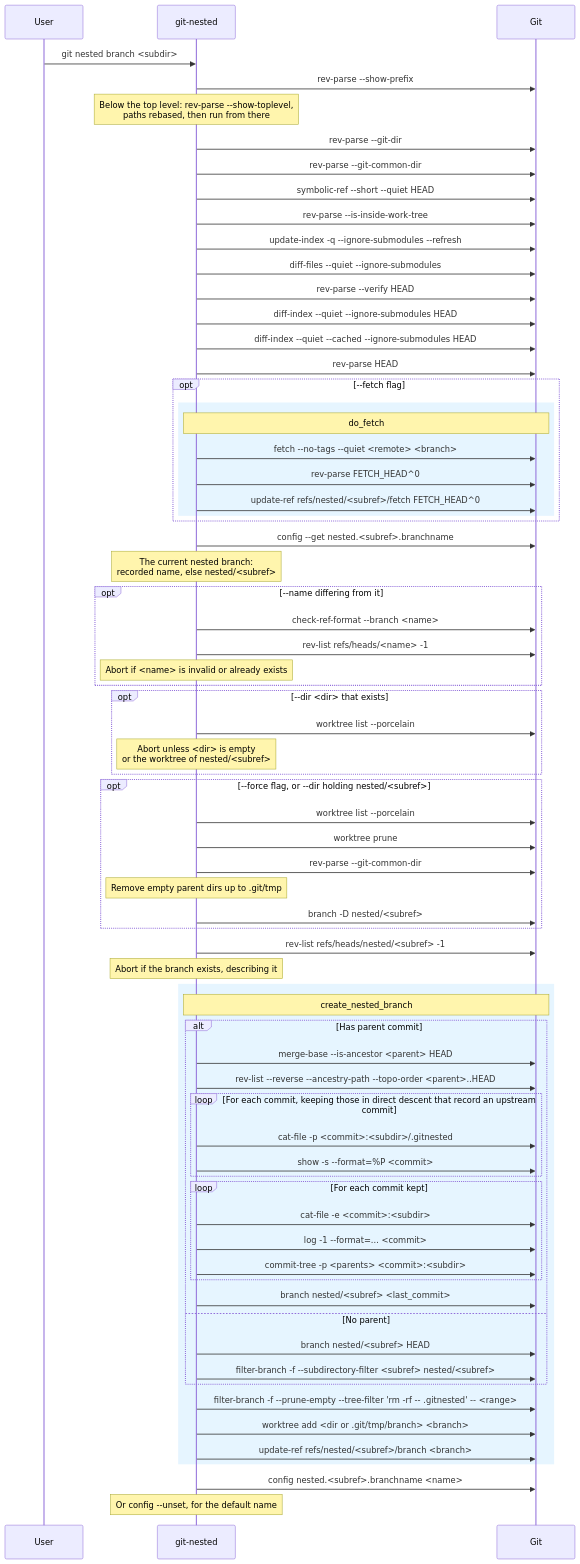
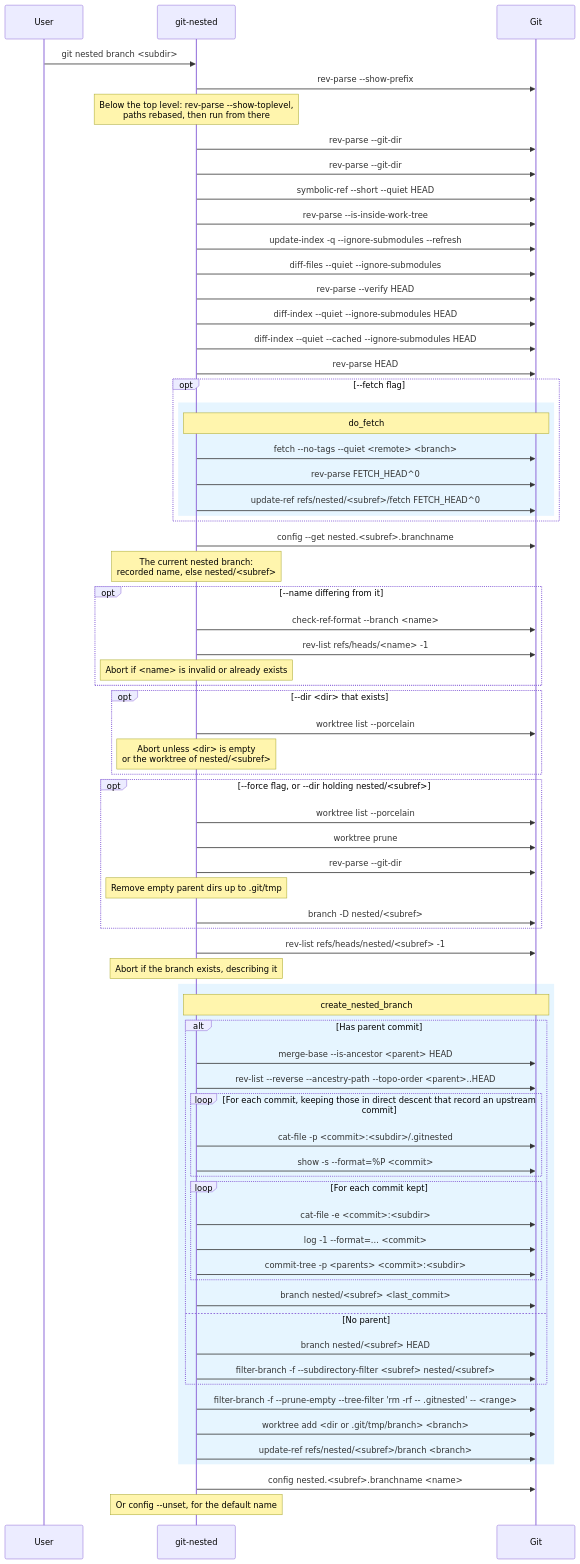
Before and after one commit to thorsten-klein/git-nested: the sixth of 14 diagrams in docs/diagrams.md, drawn with Mermaid. The commit also changed other lines of this file and 7 other files, not shown here.

````diff
--- a/docs/diagrams.md
+++ b/docs/diagrams.md
@@ -326,82 +326,82 @@
 ```mermaid
 sequenceDiagram
     participant User
     participant git-nested
     participant Git
 
     User->>git-nested: git nested branch <subdir>
     git-nested->>Git: rev-parse --show-prefix
     Note over git-nested: Below the top level: rev-parse --show-toplevel,<br/>paths rebased, then run from there
     git-nested->>Git: rev-parse --git-dir
-    git-nested->>Git: rev-parse --git-common-dir
+    git-nested->>Git: rev-parse --git-dir
     git-nested->>Git: symbolic-ref --short --quiet HEAD
     git-nested->>Git: rev-parse --is-inside-work-tree
     git-nested->>Git: update-index -q --ignore-submodules --refresh
     git-nested->>Git: diff-files --quiet --ignore-submodules
     git-nested->>Git: rev-parse --verify HEAD
     git-nested->>Git: diff-index --quiet --ignore-submodules HEAD
     git-nested->>Git: diff-index --quiet --cached --ignore-submodules HEAD
     git-nested->>Git: rev-parse HEAD
 
     opt --fetch flag
         rect rgb(230, 245, 255)
             Note over git-nested,Git: do_fetch
             git-nested->>Git: fetch --no-tags --quiet <remote> <branch>
             git-nested->>Git: rev-parse FETCH_HEAD^0
             git-nested->>Git: update-ref refs/nested/<subref>/fetch FETCH_HEAD^0
         end
     end
 
     git-nested->>Git: config --get nested.<subref>.branchname
     Note over git-nested: The current nested branch:<br/>recorded name, else nested/<subref>
 
     opt --name differing from it
         git-nested->>Git: check-ref-format --branch <name>
         git-nested->>Git: rev-list refs/heads/<name> -1
         Note over git-nested: Abort if <name> is invalid or already exists
     end
 
     opt --dir <dir> that exists
         git-nested->>Git: worktree list --porcelain
         Note over git-nested: Abort unless <dir> is empty<br/>or the worktree of nested/<subref>
     end
 
     opt --force flag, or --dir holding nested/<subref>
         git-nested->>Git: worktree list --porcelain
         git-nested->>Git: worktree prune
-        git-nested->>Git: rev-parse --git-common-dir
+        git-nested->>Git: rev-parse --git-dir
         Note over git-nested: Remove empty parent dirs up to .git/tmp
         git-nested->>Git: branch -D nested/<subref>
     end
 
     git-nested->>Git: rev-list refs/heads/nested/<subref> -1
     Note over git-nested: Abort if the branch exists, describing it
 
     rect rgb(230, 245, 255)
         Note over git-nested,Git: create_nested_branch
         alt Has parent commit
             git-nested->>Git: merge-base --is-ancestor <parent> HEAD
             git-nested->>Git: rev-list --reverse --ancestry-path --topo-order <parent>..HEAD
             loop For each commit, keeping those in direct descent that record an upstream commit
                 git-nested->>Git: cat-file -p <commit>:<subdir>/.gitnested
                 git-nested->>Git: show -s --format=%P <commit>
             end
             loop For each commit kept
                 git-nested->>Git: cat-file -e <commit>:<subdir>
                 git-nested->>Git: log -1 --format=... <commit>
                 git-nested->>Git: commit-tree -p <parents> <commit>:<subdir>
             end
             git-nested->>Git: branch nested/<subref> <last_commit>
         else No parent
             git-nested->>Git: branch nested/<subref> HEAD
             git-nested->>Git: filter-branch -f --subdirectory-filter <subref> nested/<subref>
         end
 
         git-nested->>Git: filter-branch -f --prune-empty --tree-filter 'rm -rf -- .gitnested' -- <range>
         git-nested->>Git: worktree add <dir or .git/tmp/branch> <branch>
         git-nested->>Git: update-ref refs/nested/<subref>/branch <branch>
     end
 
     git-nested->>Git: config nested.<subref>.branchname <name>
     Note over git-nested: Or config --unset, for the default name
 ```
````
